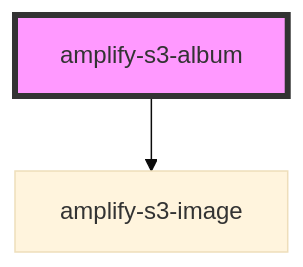
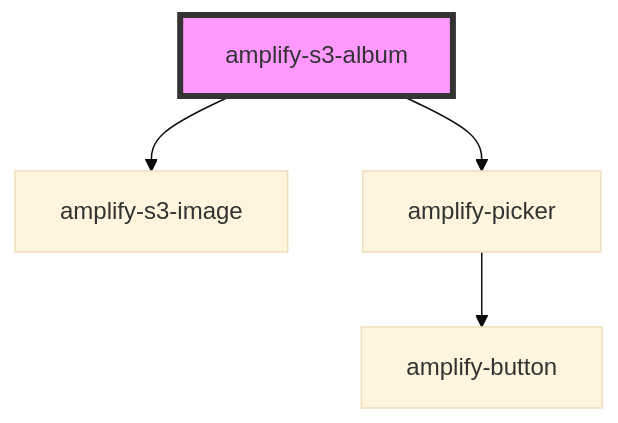
One commit to aws-amplify/amplify-js changed the diagram in packages/amplify-ui-components/src/components/amplify-s3-album/readme.md. Above: the diagram before and after it, drawn with Mermaid (base theme). The commit also changed other lines of this file and 4 other files, not shown here.

````diff
--- a/packages/amplify-ui-components/src/components/amplify-s3-album/readme.md
+++ b/packages/amplify-ui-components/src/components/amplify-s3-album/readme.md
@@ -28,5 +31,7 @@
 ```mermaid
 graph TD;
   amplify-s3-album --> amplify-s3-image
+  amplify-s3-album --> amplify-picker
+  amplify-picker --> amplify-button
   style amplify-s3-album fill:#f9f,stroke:#333,stroke-width:4px
 ```
````
